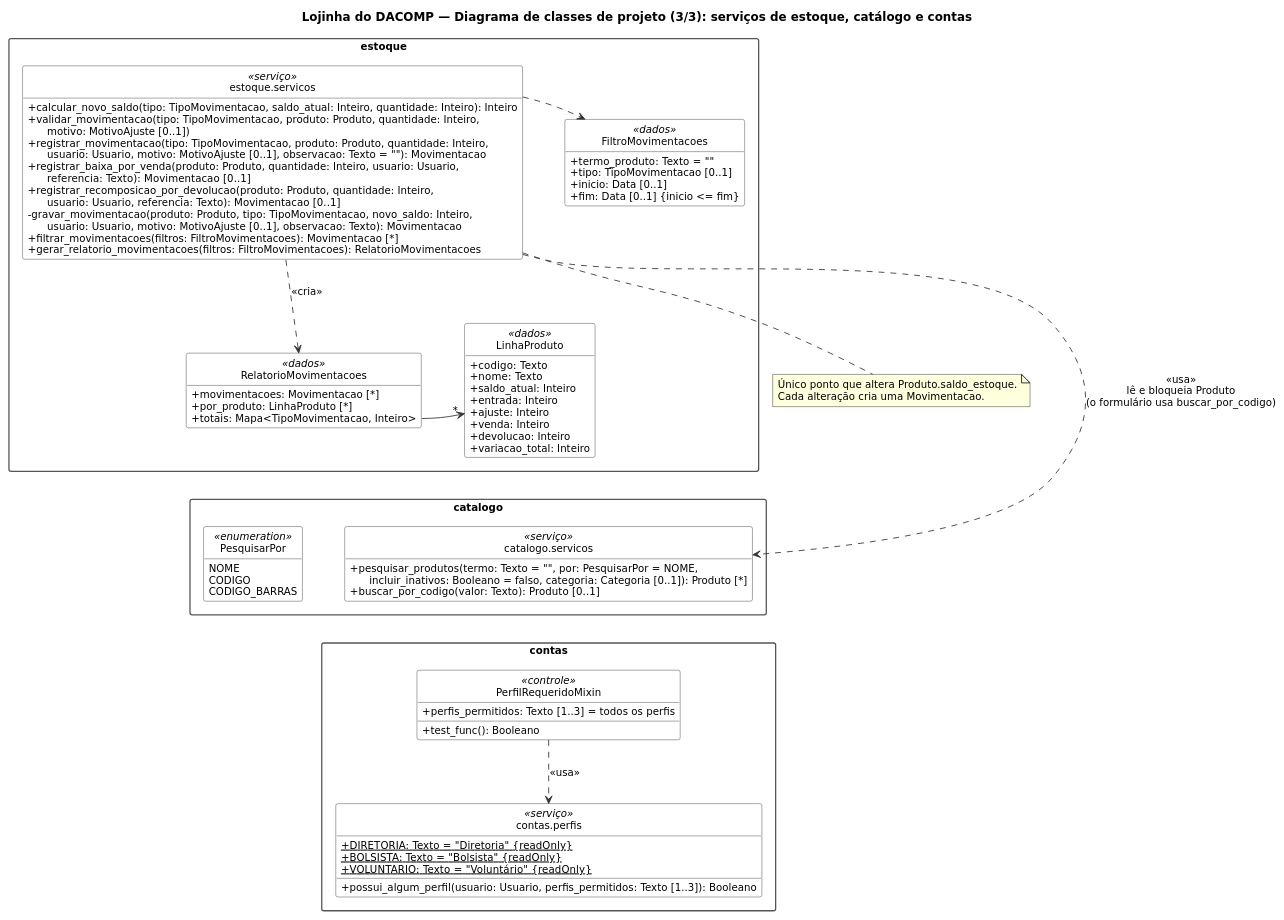
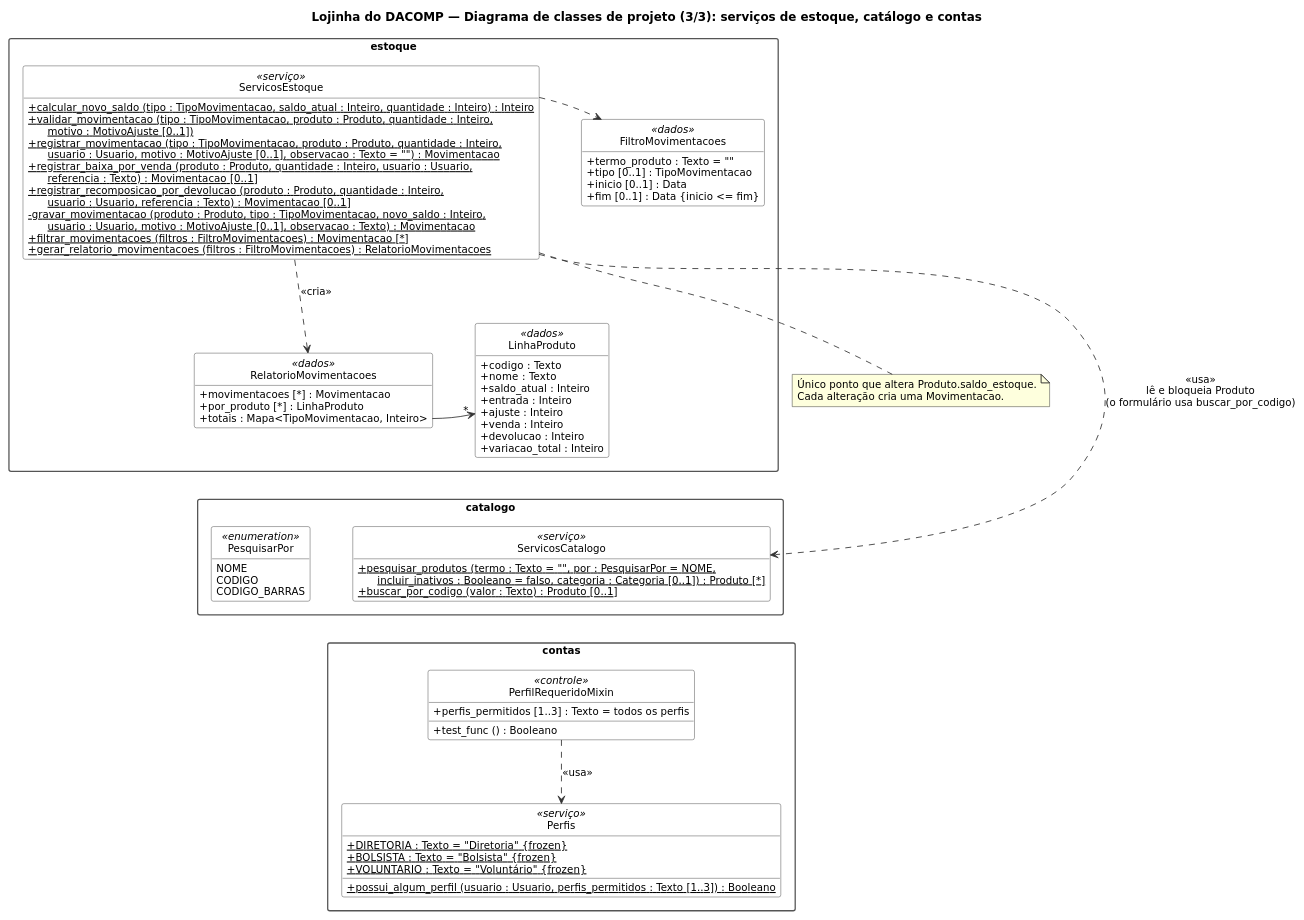
One commit to PedroGasparetto/sistema-dacomp changed the diagram in docs/diagramas/classes-servicos-estoque.puml. Above: the diagram before and after it, drawn with PlantUML. The commit also changed 9 other files, not shown here.

First line of the commit message:
Ajusta o diagrama de classes à notação dos slides da disciplina

```diff
--- a/docs/diagramas/classes-servicos-estoque.puml
+++ b/docs/diagramas/classes-servicos-estoque.puml
@@ -1,98 +1,98 @@
 @startuml classes-servicos-estoque
 ' Diagrama de classes de projeto — serviços (regras de negócio).
 ' Cada servicos.py é um módulo Python; aqui aparece como classe <<serviço>> com
 ' operações de classe. As views (controle) chamam essas operações.
 ' Gerado a partir de contas/perfis.py e catalogo/, estoque/ e vendas/servicos.py.
 
 title Lojinha do DACOMP — Diagrama de classes de projeto (3/3): serviços de estoque, catálogo e contas
 
 skinparam classAttributeIconSize 0
 skinparam shadowing false
 skinparam defaultFontName DejaVu Sans
 skinparam defaultFontSize 12
 skinparam packageStyle rectangle
 skinparam classBackgroundColor #FFFFFF
 skinparam classBorderColor #333333
 skinparam packageBorderColor #555555
 skinparam arrowColor #333333
 skinparam nodesep 50
 skinparam ranksep 60
 hide empty members
 hide circle
 
 package "estoque" {
-  class "estoque.servicos" as SE <<serviço>> {
-    + calcular_novo_saldo(tipo: TipoMovimentacao, saldo_atual: Inteiro, quantidade: Inteiro): Inteiro
-    + validar_movimentacao(tipo: TipoMovimentacao, produto: Produto, quantidade: Inteiro,\n      motivo: MotivoAjuste [0..1])
-    + registrar_movimentacao(tipo: TipoMovimentacao, produto: Produto, quantidade: Inteiro,\n      usuario: Usuario, motivo: MotivoAjuste [0..1], observacao: Texto = ""): Movimentacao
-    + registrar_baixa_por_venda(produto: Produto, quantidade: Inteiro, usuario: Usuario,\n      referencia: Texto): Movimentacao [0..1]
-    + registrar_recomposicao_por_devolucao(produto: Produto, quantidade: Inteiro,\n      usuario: Usuario, referencia: Texto): Movimentacao [0..1]
-    - gravar_movimentacao(produto: Produto, tipo: TipoMovimentacao, novo_saldo: Inteiro,\n      usuario: Usuario, motivo: MotivoAjuste [0..1], observacao: Texto): Movimentacao
-    + filtrar_movimentacoes(filtros: FiltroMovimentacoes): Movimentacao [*]
-    + gerar_relatorio_movimentacoes(filtros: FiltroMovimentacoes): RelatorioMovimentacoes
+  class "ServicosEstoque" as SE <<serviço>> {
+    {static} + calcular_novo_saldo (tipo : TipoMovimentacao, saldo_atual : Inteiro, quantidade : Inteiro) : Inteiro
+    {static} + validar_movimentacao (tipo : TipoMovimentacao, produto : Produto, quantidade : Inteiro,\n      motivo : MotivoAjuste [0..1])
+    {static} + registrar_movimentacao (tipo : TipoMovimentacao, produto : Produto, quantidade : Inteiro,\n      usuario : Usuario, motivo : MotivoAjuste [0..1], observacao : Texto = "") : Movimentacao
+    {static} + registrar_baixa_por_venda (produto : Produto, quantidade : Inteiro, usuario : Usuario,\n      referencia : Texto) : Movimentacao [0..1]
+    {static} + registrar_recomposicao_por_devolucao (produto : Produto, quantidade : Inteiro,\n      usuario : Usuario, referencia : Texto) : Movimentacao [0..1]
+    {static} - gravar_movimentacao (produto : Produto, tipo : TipoMovimentacao, novo_saldo : Inteiro,\n      usuario : Usuario, motivo : MotivoAjuste [0..1], observacao : Texto) : Movimentacao
+    {static} + filtrar_movimentacoes (filtros : FiltroMovimentacoes) : Movimentacao [*]
+    {static} + gerar_relatorio_movimentacoes (filtros : FiltroMovimentacoes) : RelatorioMovimentacoes
   }
   class RelatorioMovimentacoes <<dados>> {
-    + movimentacoes: Movimentacao [*]
-    + por_produto: LinhaProduto [*]
-    + totais: Mapa<TipoMovimentacao, Inteiro>
+    + movimentacoes [*] : Movimentacao
+    + por_produto [*] : LinhaProduto
+    + totais : Mapa<TipoMovimentacao, Inteiro>
   }
   class FiltroMovimentacoes <<dados>> {
-    + termo_produto: Texto = ""
-    + tipo: TipoMovimentacao [0..1]
-    + inicio: Data [0..1]
-    + fim: Data [0..1] {inicio <= fim}
+    + termo_produto : Texto = ""
+    + tipo [0..1] : TipoMovimentacao
+    + inicio [0..1] : Data
+    + fim [0..1] : Data {inicio <= fim}
   }
   class LinhaProduto <<dados>> {
-    + codigo: Texto
-    + nome: Texto
-    + saldo_atual: Inteiro
-    + entrada: Inteiro
-    + ajuste: Inteiro
-    + venda: Inteiro
-    + devolucao: Inteiro
-    + variacao_total: Inteiro
+    + codigo : Texto
+    + nome : Texto
+    + saldo_atual : Inteiro
+    + entrada : Inteiro
+    + ajuste : Inteiro
+    + venda : Inteiro
+    + devolucao : Inteiro
+    + variacao_total : Inteiro
   }
   SE ..> RelatorioMovimentacoes : <<cria>>
   RelatorioMovimentacoes -right-> "*" LinhaProduto
 }
 
 package "catalogo" {
-  class "catalogo.servicos" as SC <<serviço>> {
-    + pesquisar_produtos(termo: Texto = "", por: PesquisarPor = NOME,\n      incluir_inativos: Booleano = falso, categoria: Categoria [0..1]): Produto [*]
-    + buscar_por_codigo(valor: Texto): Produto [0..1]
+  class "ServicosCatalogo" as SC <<serviço>> {
+    {static} + pesquisar_produtos (termo : Texto = "", por : PesquisarPor = NOME,\n      incluir_inativos : Booleano = falso, categoria : Categoria [0..1]) : Produto [*]
+    {static} + buscar_por_codigo (valor : Texto) : Produto [0..1]
   }
   enum PesquisarPor <<enumeration>> {
     NOME
     CODIGO
     CODIGO_BARRAS
   }
 }
 
 package "contas" {
-  class "contas.perfis" as SP <<serviço>> {
-    + {static} DIRETORIA: Texto = "Diretoria" {readOnly}
-    + {static} BOLSISTA: Texto = "Bolsista" {readOnly}
-    + {static} VOLUNTARIO: Texto = "Voluntário" {readOnly}
-    + possui_algum_perfil(usuario: Usuario, perfis_permitidos: Texto [1..3]): Booleano
+  class "Perfis" as SP <<serviço>> {
+    + {static} DIRETORIA : Texto = "Diretoria" {frozen}
+    + {static} BOLSISTA : Texto = "Bolsista" {frozen}
+    + {static} VOLUNTARIO : Texto = "Voluntário" {frozen}
+    {static} + possui_algum_perfil (usuario : Usuario, perfis_permitidos : Texto [1..3]) : Booleano
   }
   class PerfilRequeridoMixin <<controle>> {
-    + perfis_permitidos: Texto [1..3] = todos os perfis
-    + test_func(): Booleano
+    + perfis_permitidos [1..3] : Texto = todos os perfis
+    + test_func () : Booleano
   }
   PerfilRequeridoMixin ..> SP : <<usa>>
 }
 
 
 SE -[hidden]right- FiltroMovimentacoes
 SE ..> FiltroMovimentacoes
 SE ..> SC : <<usa>>\nlê e bloqueia Produto\n(o formulário usa buscar_por_codigo)
 RelatorioMovimentacoes -[hidden]right- LinhaProduto
 LinhaProduto -[hidden]down- SC
 SC -[hidden]down- PerfilRequeridoMixin
 
 note bottom of SE
   Único ponto que altera Produto.saldo_estoque.
   Cada alteração cria uma Movimentacao.
 end note
 
 @enduml
```
